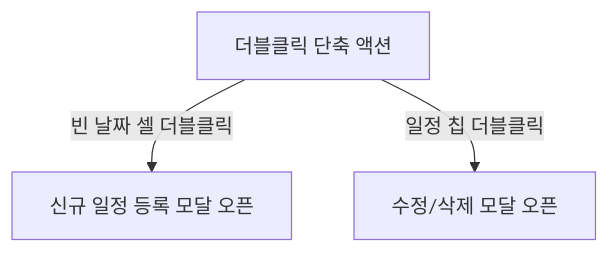
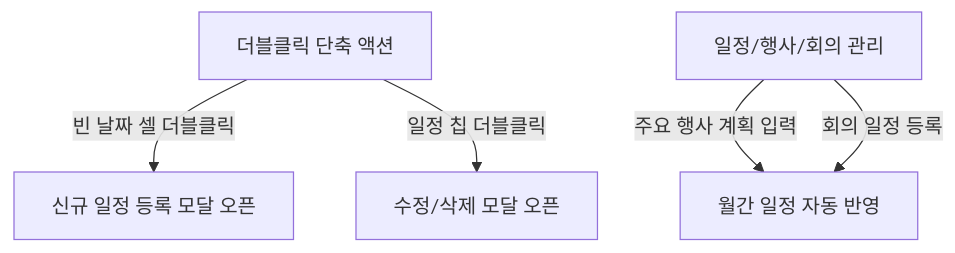
One commit to SKY6174/AnchorIR changed the fifth of 5 diagrams in presentation_dashboard_guide.md. Above: the diagram before and after it, drawn with Mermaid. The commit also changed other lines of this file, not shown here.

````diff
--- a/presentation_dashboard_guide.md
+++ b/presentation_dashboard_guide.md
@@ -248,6 +248,9 @@
 ```mermaid
 graph TD
     DoubleClickAction[더블클릭 단축 액션]
     DoubleClickAction --> |빈 날짜 셀 더블클릭| NewEvent[신규 일정 등록 모달 오픈]
     DoubleClickAction --> |일정 칩 더블클릭| EditEvent[수정/삭제 모달 오픈]
+    
+    SubTabs[일정/행사/회의 관리] --> |주요 행사 계획 입력| CalSync[월간 일정 자동 반영]
+    SubTabs --> |회의 일정 등록| CalSync
 ```
````
